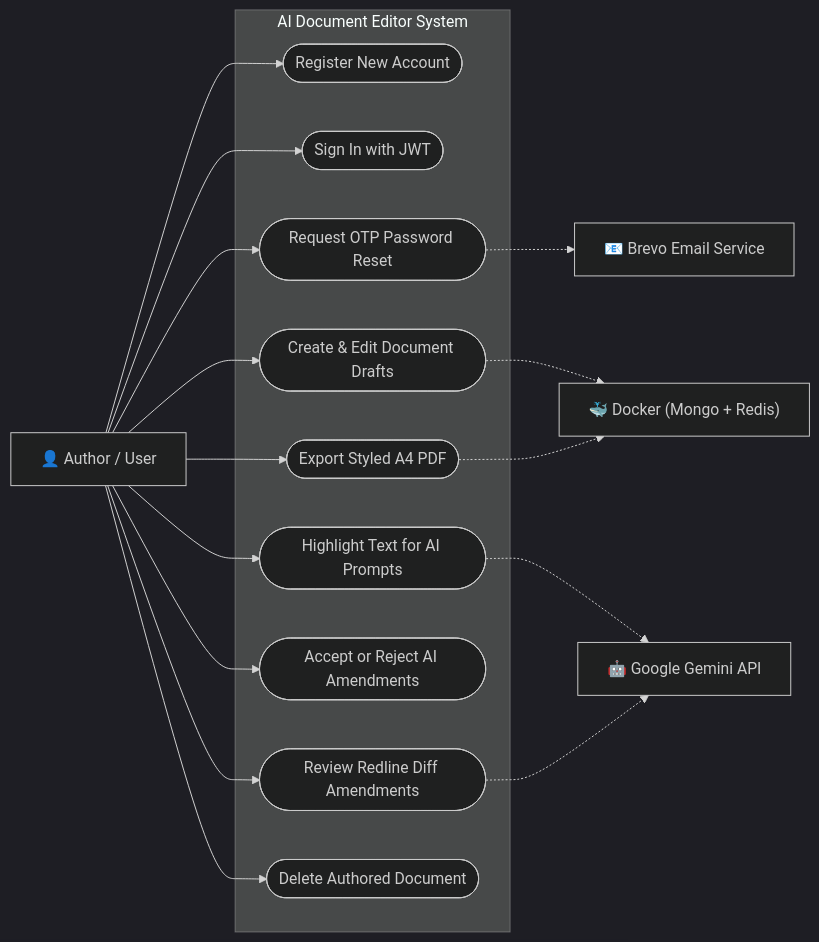
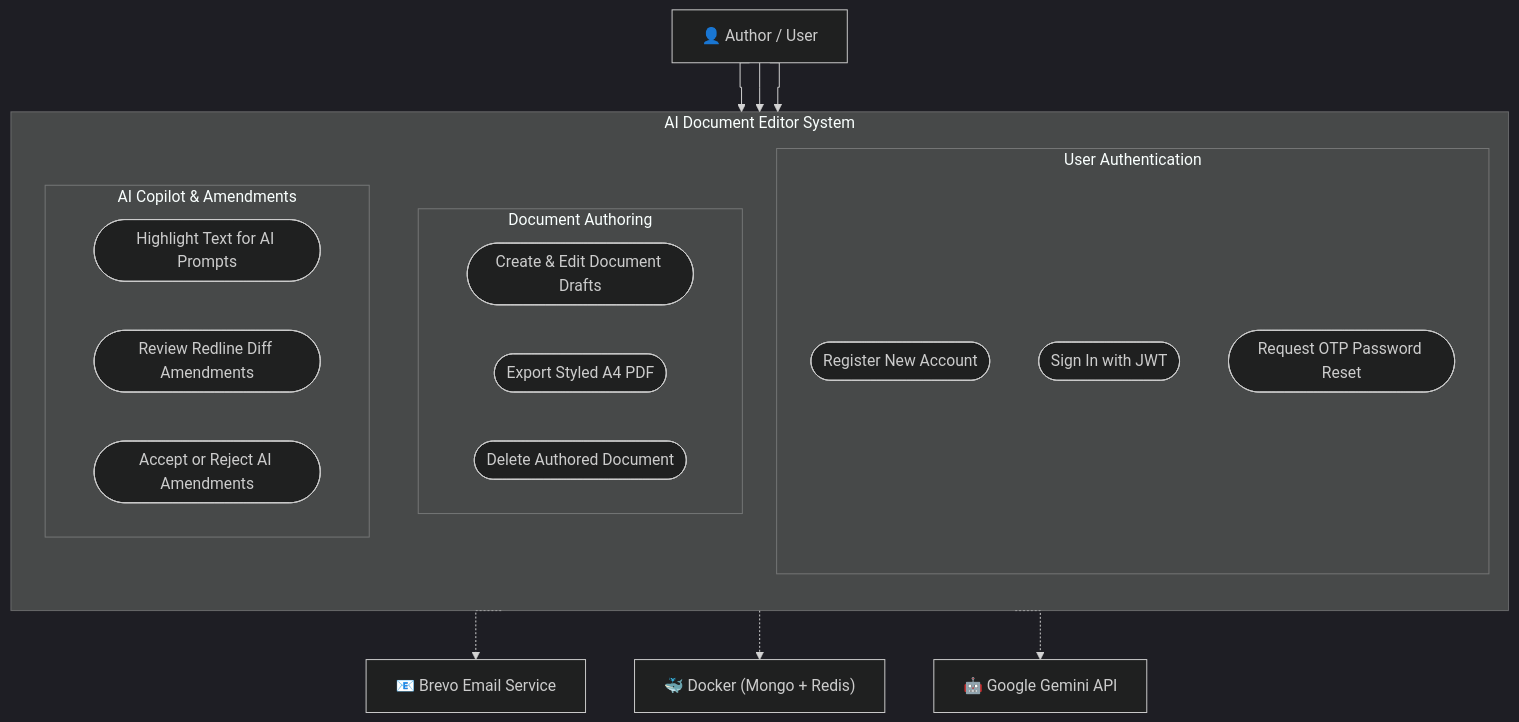
One commit to VinayakGaikwad101/project-practical changed the diagram in diagrams/use_case_diagram.mmd. Above: the diagram before and after it, drawn with Mermaid (dark theme). The commit also changed 4 other files, not shown here.

Commit message:
style: configure orthogonal 90-degree lines across all diagrams

```diff
--- a/diagrams/use_case_diagram.mmd
+++ b/diagrams/use_case_diagram.mmd
@@ -1,33 +1,38 @@
-flowchart LR
+flowchart TD
+    %% Orthogonal 90-degree lines
+    linkStyle default interpolate stepAfter
+
     User["👤 Author / User"]
-    Gemini["🤖 Google Gemini API"]
+
+    subgraph SystemBoundary["AI Document Editor System"]
+        direction TB
+        subgraph AuthFeatures["User Authentication"]
+            UC1(["Register New Account"])
+            UC2(["Sign In with JWT"])
+            UC3(["Request OTP Password Reset"])
+        end
+
+        subgraph CoreDocFeatures["Document Authoring"]
+            UC4(["Create & Edit Document Drafts"])
+            UC8(["Export Styled A4 PDF"])
+            UC9(["Delete Authored Document"])
+        end
+
+        subgraph AIFeatures["AI Copilot & Amendments"]
+            UC5(["Highlight Text for AI Prompts"])
+            UC6(["Review Redline Diff Amendments"])
+            UC7(["Accept or Reject AI Amendments"])
+        end
+    end
+
     Brevo["📧 Brevo Email Service"]
     Docker["🐳 Docker (Mongo + Redis)"]
+    Gemini["🤖 Google Gemini API"]
 
-    subgraph SystemBoundary["AI Document Editor System"]
-        UC1(["Register New Account"])
-        UC2(["Sign In with JWT"])
-        UC3(["Request OTP Password Reset"])
-        UC4(["Create & Edit Document Drafts"])
-        UC5(["Highlight Text for AI Prompts"])
-        UC6(["Review Redline Diff Amendments"])
-        UC7(["Accept or Reject AI Amendments"])
-        UC8(["Export Styled A4 PDF"])
-        UC9(["Delete Authored Document"])
-    end
-
-    User --> UC1
-    User --> UC2
-    User --> UC3
-    User --> UC4
-    User --> UC5
-    User --> UC6
-    User --> UC7
-    User --> UC8
-    User --> UC9
+    User --> AuthFeatures
+    User --> CoreDocFeatures
+    User --> AIFeatures
 
     UC3 -.-> Brevo
-    UC5 -.-> Gemini
-    UC6 -.-> Gemini
-    UC4 -.-> Docker
-    UC8 -.-> Docker
+    CoreDocFeatures -.-> Docker
+    AIFeatures -.-> Gemini
```
